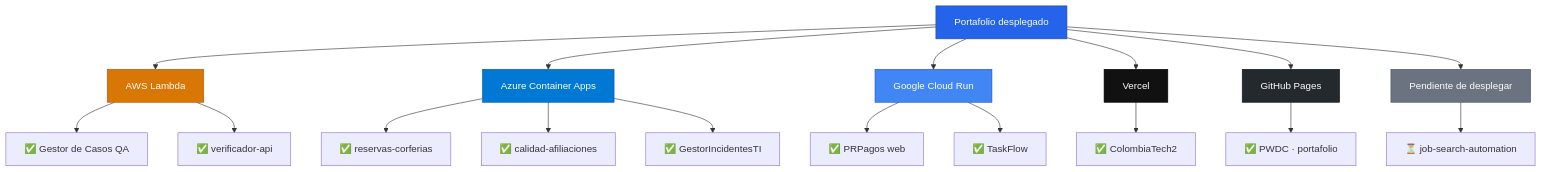
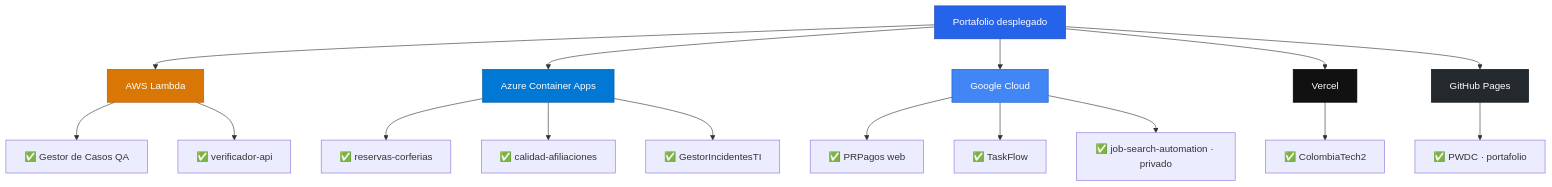
One commit to lariasca1994/lariasca1994 changed the diagram in README.md. Above: the diagram before and after it, drawn with Mermaid. The commit also changed other lines of this file, not shown here.

````diff
--- a/README.md
+++ b/README.md
@@ -58,33 +58,30 @@
 ```mermaid
 graph TB
     A[Portafolio desplegado] --> AWS[AWS Lambda]
     A --> AZ[Azure Container Apps]
-    A --> GCP[Google Cloud Run]
+    A --> GCP[Google Cloud]
     A --> VER[Vercel]
     A --> GHP[GitHub Pages]
-    A --> PEND[Pendiente de desplegar]
 
     AWS --> AWS1[✅ Gestor de Casos QA]
     AWS --> AWS2[✅ verificador-api]
 
     AZ --> AZ1[✅ reservas-corferias]
     AZ --> AZ2[✅ calidad-afiliaciones]
     AZ --> AZ3[✅ GestorIncidentesTI]
 
     GCP --> GCP1[✅ PRPagos web]
     GCP --> GCP2[✅ TaskFlow]
+    GCP --> GCP3[✅ job-search-automation · privado]
 
     VER --> VER1[✅ ColombiaTech2]
 
     GHP --> GHP1[✅ PWDC · portafolio]
-
-    PEND --> PEND1[⏳ job-search-automation]
 
     style A fill:#2563EB,stroke:#1E40AF,color:#fff
     style AWS fill:#D97706,stroke:#B45309,color:#fff
     style AZ fill:#0078D4,stroke:#005A9E,color:#fff
     style GCP fill:#4285F4,stroke:#1A56C4,color:#fff
     style VER fill:#111111,stroke:#000000,color:#fff
     style GHP fill:#24292E,stroke:#0D1117,color:#fff
-    style PEND fill:#6B7280,stroke:#4B5563,color:#fff
 ```
````
